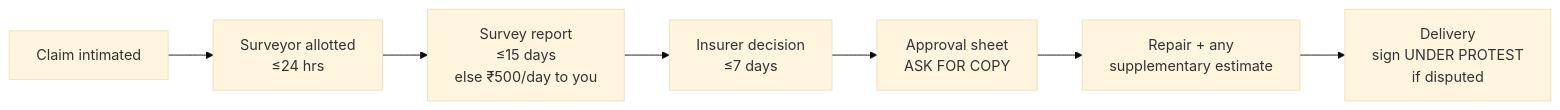
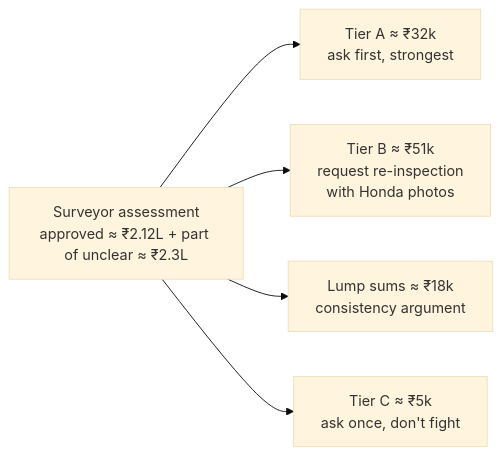
The first of 2 diagrams in talking-points.md (wpn10/agent-skills), drawn with Mermaid (base theme) before and after one commit. The commit also changed other lines of this file, not shown here.

````diff
--- a/talking-points.md
+++ b/talking-points.md
@@ -155,9 +20,7 @@
 ```mermaid
 flowchart LR
-    I["Claim intimated"] --> S["Surveyor allotted<br/>≤24 hrs"]
-    S --> R["Survey report<br/>≤15 days<br/>else ₹500/day to you"]
-    R --> D["Insurer decision<br/>≤7 days"]
-    D --> AP["Approval sheet<br/>ASK FOR COPY"]
-    AP --> REP["Repair + any<br/>supplementary estimate"]
-    REP --> DEL["Delivery<br/>sign UNDER PROTEST<br/>if disputed"]
+    S["Surveyor assessment<br/>approved ≈ ₹2.12L + part of unclear ≈ ₹2.3L"] --> A["Tier A ≈ ₹32k<br/>ask first, strongest"]
+    S --> B["Tier B ≈ ₹51k<br/>request re-inspection<br/>with Honda photos"]
+    S --> L["Lump sums ≈ ₹18k<br/>consistency argument"]
+    S --> C["Tier C ≈ ₹5k<br/>ask once, don't fight"]
 ```
````
